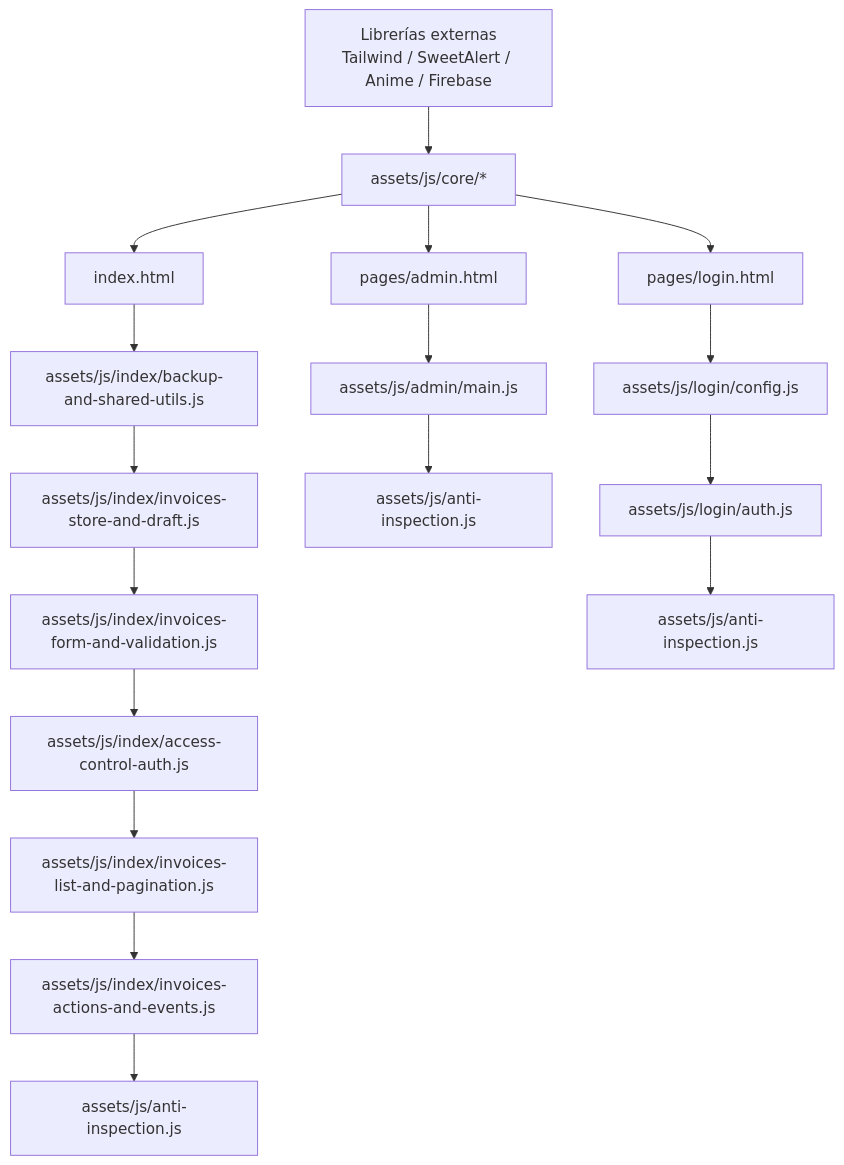
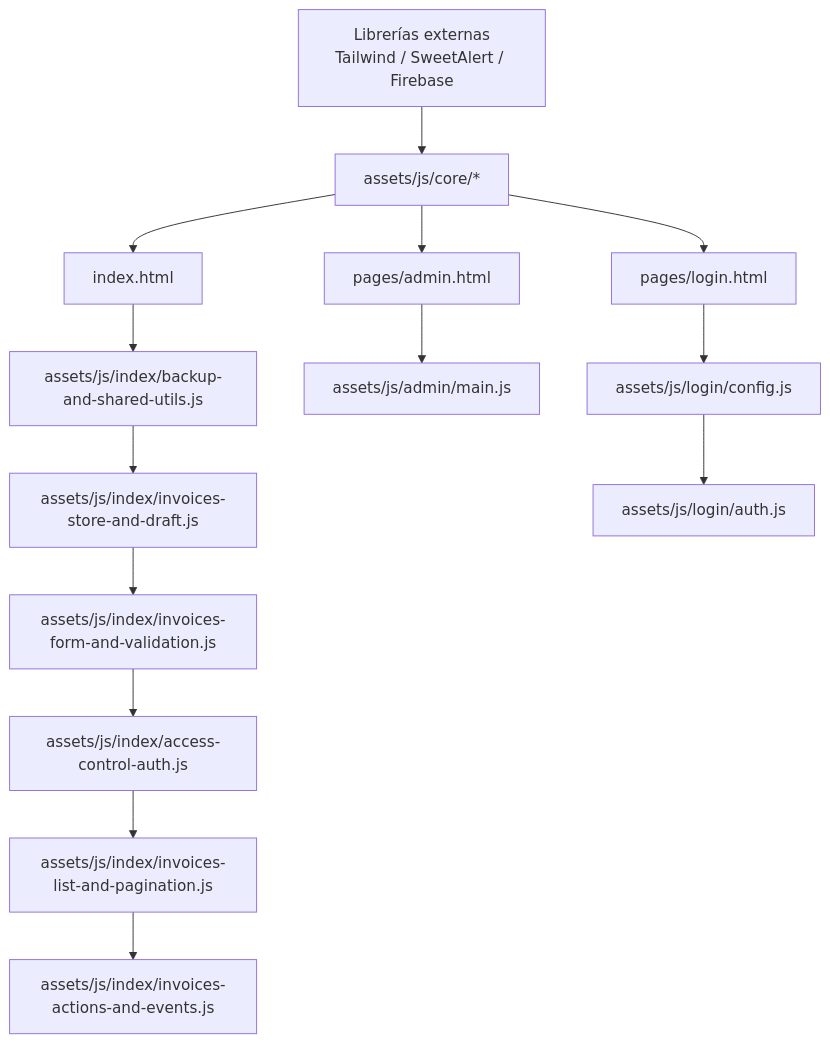
Before and after one commit to JSTEx/sistema-facturacion-electronica: the diagram in README.md, drawn with Mermaid. The commit also changed other lines of this file and 9 other files, not shown here.

Commit message:
refactor: limpiar codigo obsoleto (anti-inspection, animejs, comentarios) y actualizar docs

````diff
--- a/README.md
+++ b/README.md
@@ -99,22 +98,19 @@
 ```mermaid
 flowchart TD
-    A[Librerías externas<br/>Tailwind / SweetAlert / Anime / Firebase] --> B[assets/js/core/*]
+    A[Librerías externas<br/>Tailwind / SweetAlert / Firebase] --> B[assets/js/core/*]
 
     B --> C[index.html]
     C --> C1[assets/js/index/backup-and-shared-utils.js]
     C1 --> C2[assets/js/index/invoices-store-and-draft.js]
     C2 --> C3[assets/js/index/invoices-form-and-validation.js]
     C3 --> C4[assets/js/index/access-control-auth.js]
     C4 --> C5[assets/js/index/invoices-list-and-pagination.js]
     C5 --> C6[assets/js/index/invoices-actions-and-events.js]
-    C6 --> Z1[assets/js/anti-inspection.js]
 
     B --> D[pages/admin.html]
     D --> D1[assets/js/admin/main.js]
-    D1 --> Z2[assets/js/anti-inspection.js]
 
     B --> E[pages/login.html]
     E --> E1[assets/js/login/config.js]
     E1 --> E2[assets/js/login/auth.js]
-    E2 --> Z3[assets/js/anti-inspection.js]
 ```
````
